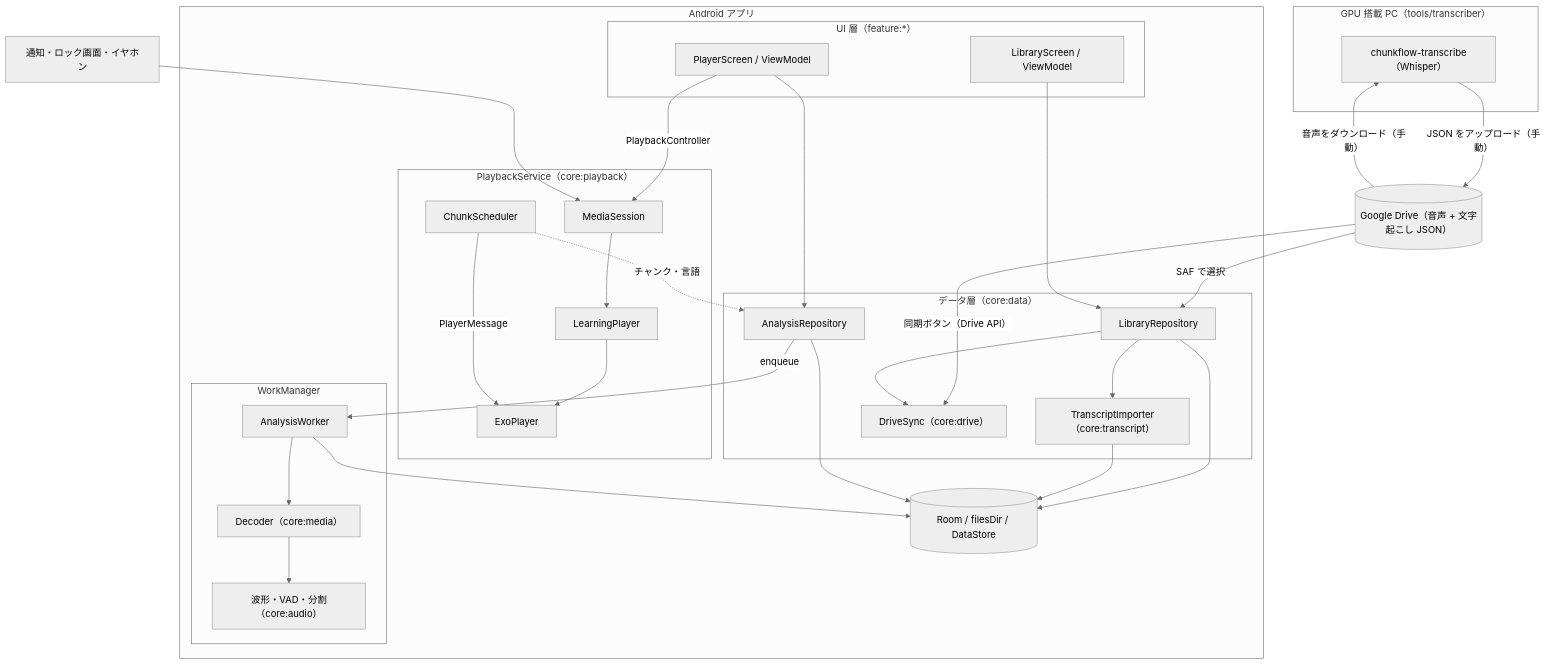
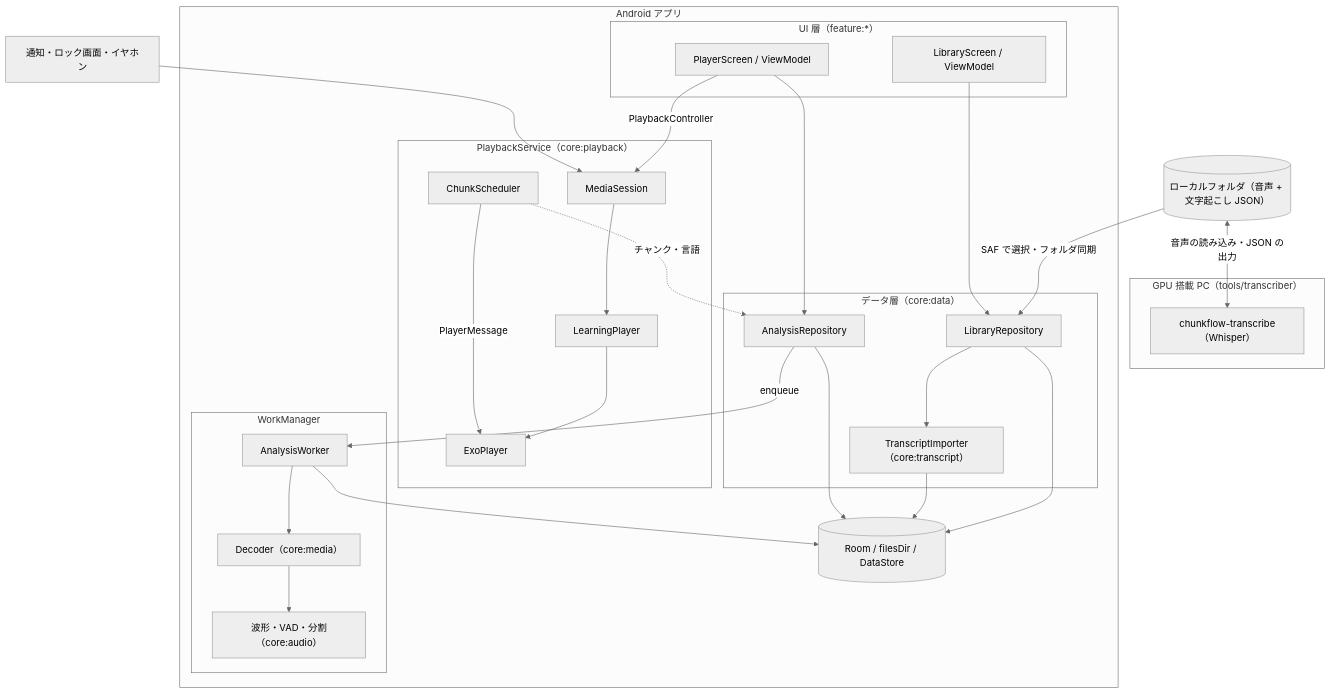
The first of 2 diagrams in design_doc.md (miuraken/chunk-flow), drawn with Mermaid (neutral theme) before and after one commit. The commit also changed other lines of this file and 147 other files, not shown here.

Commit message:
Google Drive 連携（:core:drive・DB・データ層・UI・仕様書）を全面的に廃止

````diff
--- a/design_doc.md
+++ b/design_doc.md
@@ -214,52 +210,48 @@
 ```mermaid
 flowchart TB
     subgraph PCSIDE["GPU 搭載 PC（tools/transcriber）"]
         TOOL["chunkflow-transcribe（Whisper）"]
     end
-    GD[("Google Drive（音声 + 文字起こし JSON）")]
+    FS[("ローカルフォルダ（音声 + 文字起こし JSON）")]
     subgraph APP["Android アプリ"]
         subgraph UIL["UI 層（feature:*）"]
             LS["LibraryScreen / ViewModel"]
             PS["PlayerScreen / ViewModel"]
         end
         subgraph DATA["データ層（core:data）"]
             LR["LibraryRepository"]
             AR["AnalysisRepository"]
             TI["TranscriptImporter（core:transcript）"]
-            DRV["DriveSync（core:drive）"]
         end
         subgraph SVC["PlaybackService（core:playback）"]
             MS["MediaSession"]
             LP["LearningPlayer"]
             EXO["ExoPlayer"]
             CS["ChunkScheduler"]
         end
         subgraph WM["WorkManager"]
             AW["AnalysisWorker"]
             DEC["Decoder（core:media）"]
             DSP["波形・VAD・分割（core:audio）"]
         end
         DB[("Room / filesDir / DataStore")]
     end
     SYS["通知・ロック画面・イヤホン"]
 
-    GD -->|"音声をダウンロード（手動）"| TOOL
-    TOOL -->|"JSON をアップロード（手動）"| GD
-    GD -->|"SAF で選択"| LR
-    GD -->|"同期ボタン（Drive API）"| DRV
-    LR --> DRV
+    FS <-->|"音声の読み込み・JSON の出力"| TOOL
+    FS -->|"SAF で選択・フォルダ同期"| LR
     LS --> LR
     PS --> AR
     PS -->|"PlaybackController"| MS
     SYS --> MS
     MS --> LP --> EXO
     CS -->|"PlayerMessage"| EXO
     CS -.->|"チャンク・言語"| AR
     LR --> TI
     LR --> DB
     TI --> DB
     AR --> DB
     AR -->|"enqueue"| AW
     AW --> DEC --> DSP
     AW --> DB
 ```
````
